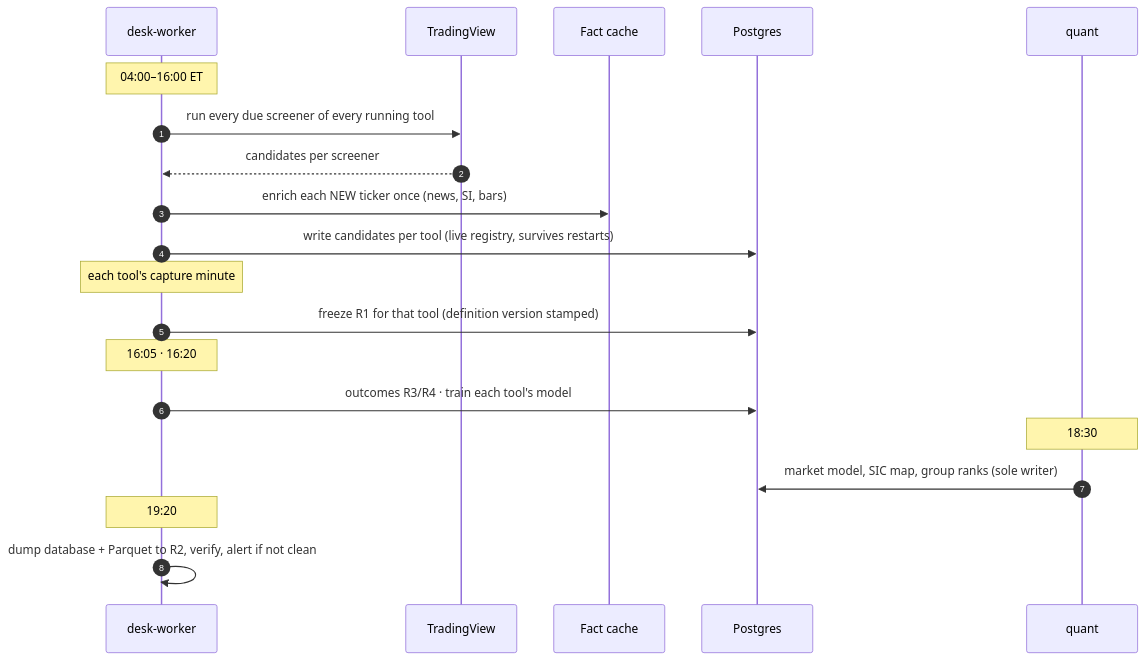
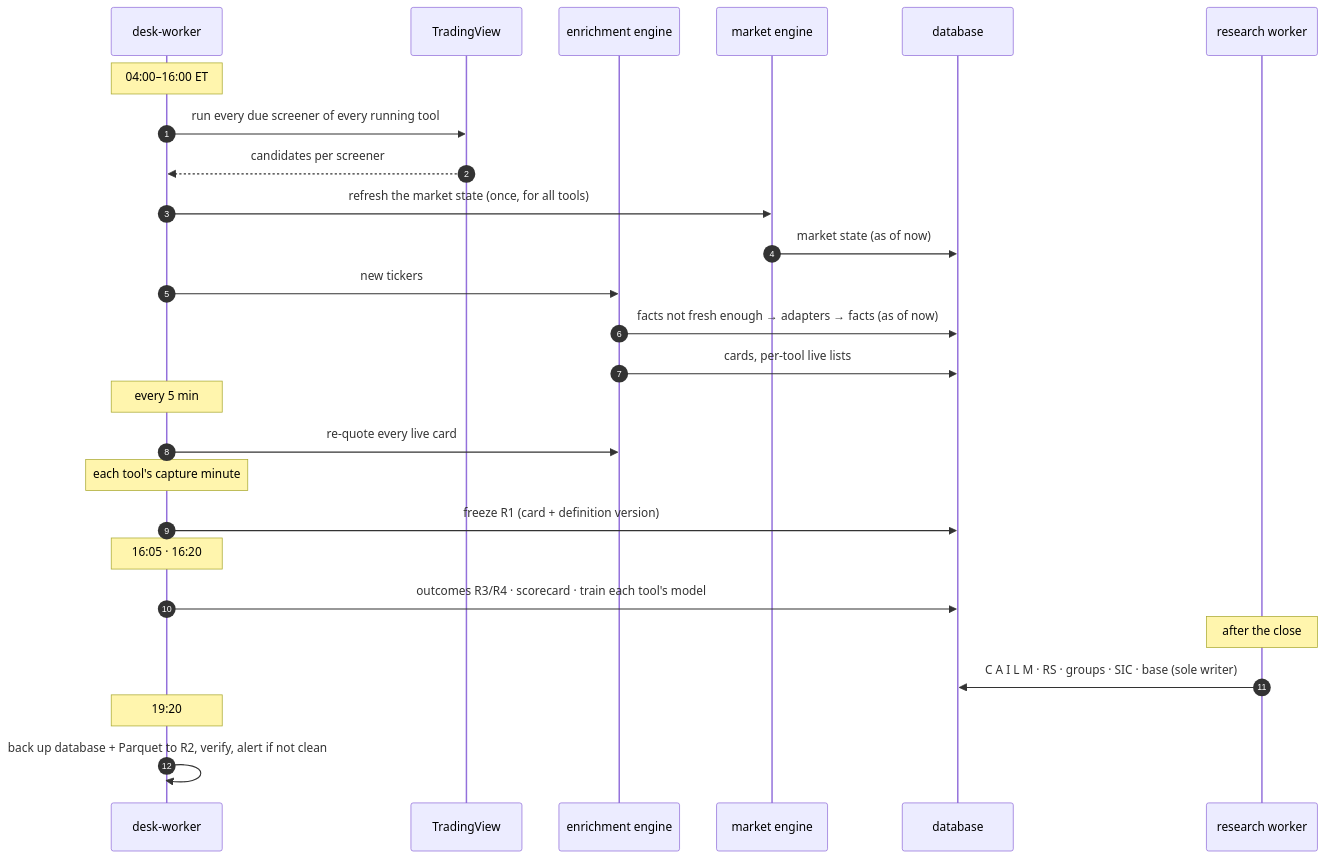
One commit to Mohamed-albadri-1995/Trade-Disk changed the fourth of 4 diagrams in architecture/REBUILD-ARCHITECTURE.md. Above: the diagram before and after it, drawn with Mermaid. The commit also changed other lines of this file and 3 other files, not shown here.

First line of the commit message:
Architecture: the card, the Market tab and O'Neil placed where they belong

````diff
--- a/architecture/REBUILD-ARCHITECTURE.md
+++ b/architecture/REBUILD-ARCHITECTURE.md
@@ -103,22 +251,28 @@
 ```mermaid
 sequenceDiagram
   autonumber
   participant K as desk-worker
   participant TV as TradingView
-  participant F as Fact cache
-  participant DB as Postgres
-  participant Q as quant
+  participant EN as enrichment engine
+  participant MK as market engine
+  participant DB as database
+  participant RW as research worker
   Note over K: 04:00–16:00 ET
   K->>TV: run every due screener of every running tool
   TV-->>K: candidates per screener
-  K->>F: enrich each NEW ticker once (news, SI, bars)
-  K->>DB: write candidates per tool (live registry, survives restarts)
+  K->>MK: refresh the market state (once, for all tools)
+  MK->>DB: market state (as of now)
+  K->>EN: new tickers
+  EN->>DB: facts not fresh enough → adapters → facts (as of now)
+  EN->>DB: cards, per-tool live lists
+  Note over K: every 5 min
+  K->>EN: re-quote every live card
   Note over K: each tool's capture minute
-  K->>DB: freeze R1 for that tool (definition version stamped)
+  K->>DB: freeze R1 (card + definition version)
   Note over K: 16:05 · 16:20
-  K->>DB: outcomes R3/R4 · train each tool's model
-  Note over Q: 18:30
-  Q->>DB: market model, SIC map, group ranks (sole writer)
+  K->>DB: outcomes R3/R4 · scorecard · train each tool's model
+  Note over RW: after the close
+  RW->>DB: C A I L M · RS · groups · SIC · base (sole writer)
   Note over K: 19:20
-  K->>K: dump database + Parquet to R2, verify, alert if not clean
+  K->>K: back up database + Parquet to R2, verify, alert if not clean
 ```
````
